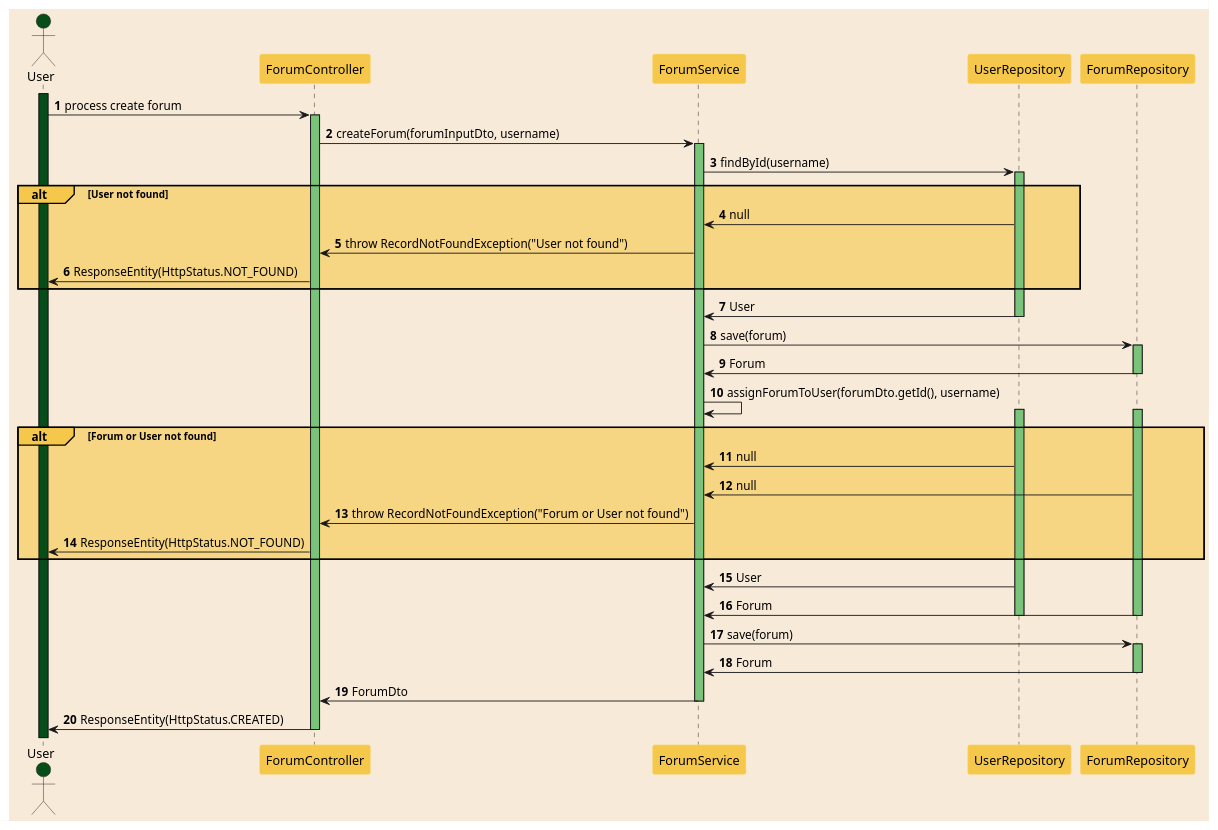
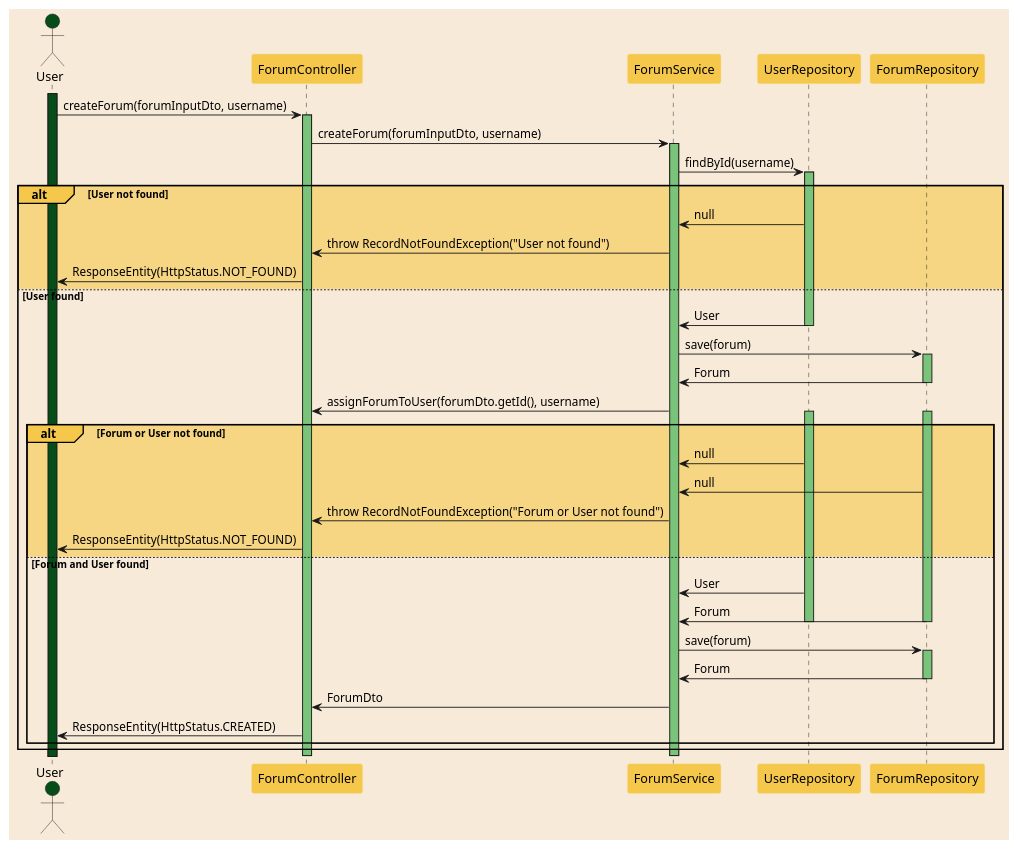
One commit to TamaraDeBeer/Backend-AutiWomen changed the diagram in src/main/resources/CreateForumSequenceDiagram.puml. Above: the diagram before and after it, drawn with PlantUML. The commit also changed 1 other file, not shown here.

Commit message:
sequentiediagrammen aangepast met happy-flow als swimlane in de alt-frames

```diff
--- a/src/main/resources/CreateForumSequenceDiagram.puml
+++ b/src/main/resources/CreateForumSequenceDiagram.puml
@@ -1,70 +1,68 @@
 @startuml
-'https://plantuml.com/sequence-diagram
-
-autonumber
+'autonumber
 
 skinparam sequence {
     ParticipantBackgroundColor #F5C84C
     ParticipantBorderColor #F7E19A
 }
 
 skinparam {
     BackgroundColor #F8EAD9
     BorderColor #F8EAD9
 }
 
 actor User #064D1A
 activate User #064D1A
 
-User -> ForumController : process create forum
+User -> ForumController : createForum(forumInputDto, username)
 activate ForumController #7AC37A
 
 ForumController -> ForumService : createForum(forumInputDto, username)
 activate ForumService #7AC37A
 
 ForumService -> UserRepository : findById(username)
 activate UserRepository #7AC37A
 
 alt#F5C84C #F5C84C99 User not found
     UserRepository -> ForumService : null
     ForumService -> ForumController : throw RecordNotFoundException("User not found")
     ForumController -> User : ResponseEntity(HttpStatus.NOT_FOUND)
+else #F8EAD9 User found
+    UserRepository -> ForumService : User
+    deactivate UserRepository
+
+    ForumService -> ForumRepository : save(forum)
+    activate ForumRepository #7AC37A
+
+    ForumRepository -> ForumService : Forum
+    deactivate ForumRepository
+
+    ForumService -> ForumController : assignForumToUser(forumDto.getId(), username)
+    activate UserRepository #7AC37A
+    activate ForumRepository #7AC37A
+
+    alt#F5C84C #F5C84C99 Forum or User not found
+        UserRepository -> ForumService : null
+        ForumRepository -> ForumService : null
+        ForumService -> ForumController : throw RecordNotFoundException("Forum or User not found")
+        ForumController -> User : ResponseEntity(HttpStatus.NOT_FOUND)
+    else #F8EAD9 Forum and User found
+        UserRepository -> ForumService : User
+        ForumRepository -> ForumService : Forum
+        deactivate UserRepository
+        deactivate ForumRepository
+
+        ForumService -> ForumRepository : save(forum)
+        activate ForumRepository #7AC37A
+        ForumRepository -> ForumService : Forum
+        deactivate ForumRepository
+
+        ForumService -> ForumController : ForumDto
+        ForumController -> User : ResponseEntity(HttpStatus.CREATED)
+    end
 end
 
-UserRepository -> ForumService : User
-deactivate UserRepository
-
-ForumService -> ForumRepository : save(forum)
-activate ForumRepository #7AC37A
-
-ForumRepository -> ForumService : Forum
-deactivate ForumRepository
-
-ForumService -> ForumService : assignForumToUser(forumDto.getId(), username)
-activate UserRepository #7AC37A
-activate ForumRepository #7AC37A
-
-alt#F5C84C #F5C84C99 Forum or User not found
-    UserRepository -> ForumService : null
-    ForumRepository -> ForumService : null
-    ForumService -> ForumController : throw RecordNotFoundException("Forum or User not found")
-    ForumController -> User : ResponseEntity(HttpStatus.NOT_FOUND)
-end
-
-UserRepository -> ForumService : User
-ForumRepository -> ForumService : Forum
-deactivate UserRepository
-deactivate ForumRepository
-
-ForumService -> ForumRepository : save(forum)
-activate ForumRepository #7AC37A
-ForumRepository -> ForumService : Forum
-deactivate ForumRepository
-
-ForumService -> ForumController : ForumDto
 deactivate ForumService
-
-ForumController -> User : ResponseEntity(HttpStatus.CREATED)
 deactivate ForumController
 
 @enduml
```
